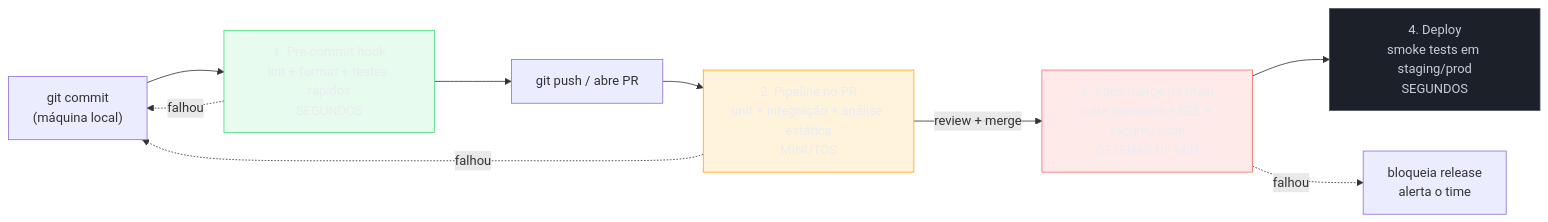
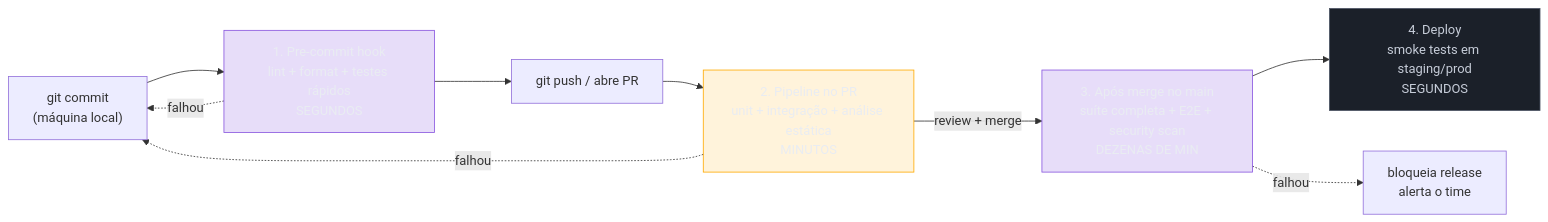
The second of 8 diagrams in 03-Dominios/Engenharia/Testes/15 - Testes em CI-CD.md (josenaldo/codex-technomanticus), drawn with Mermaid before and after one commit. The commit also changed other lines of this file and 601 other files, not shown here.

````diff
--- a/03-Dominios/Engenharia/Testes/15 - Testes em CI-CD.md
+++ b/03-Dominios/Engenharia/Testes/15 - Testes em CI-CD.md
@@ -76,19 +76,18 @@
 ```mermaid
 flowchart LR
-    classDef ok fill:#4ADE8021,stroke:#4ADE80,color:#E9ECF2
+    classDef marca fill:#8855DF33,stroke:#8855DF,color:#E9ECF2
     classDef destaque fill:#FFAA0024,stroke:#FFAA00,color:#E9ECF2
-    classDef falha fill:#FF6B6B24,stroke:#FF6B6B,color:#E9ECF2
     classDef neutro fill:#1B2029,stroke:#4E5666,color:#C6CCD8
     A["git commit<br/>(máquina local)"] --> B["1. Pre-commit hook<br/>lint + format + testes rápidos<br/>SEGUNDOS"]
     B --> C["git push / abre PR"]
     C --> D["2. Pipeline no PR<br/>unit + integração + análise estática<br/>MINUTOS"]
     D -->|review + merge| E["3. Após merge no main<br/>suíte completa + E2E + security scan<br/>DEZENAS DE MIN"]
     E --> F["4. Deploy<br/>smoke tests em staging/prod<br/>SEGUNDOS"]
     B -.->|falhou| A
     D -.->|falhou| A
     E -.->|falhou| G["bloqueia release<br/>alerta o time"]
-    class B ok
+    class B marca
     class D destaque
-    class E falha
+    class E marca
     class F neutro
 ```
````
